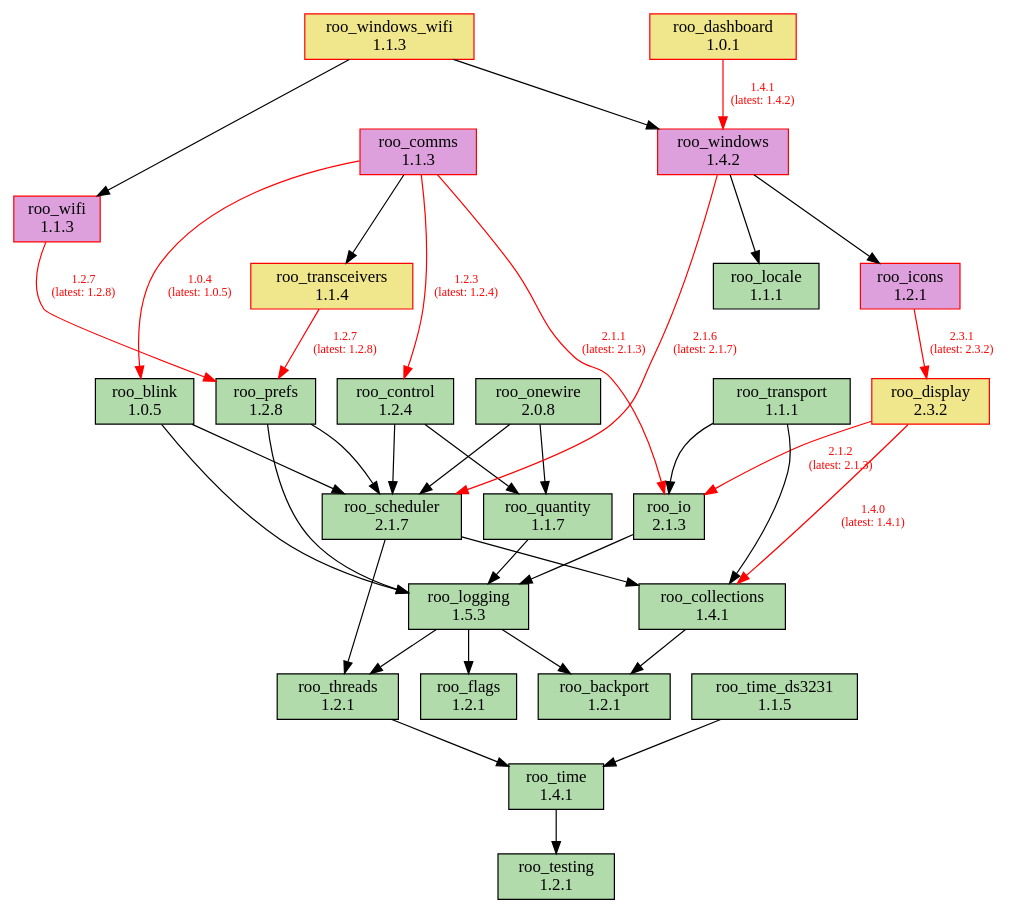
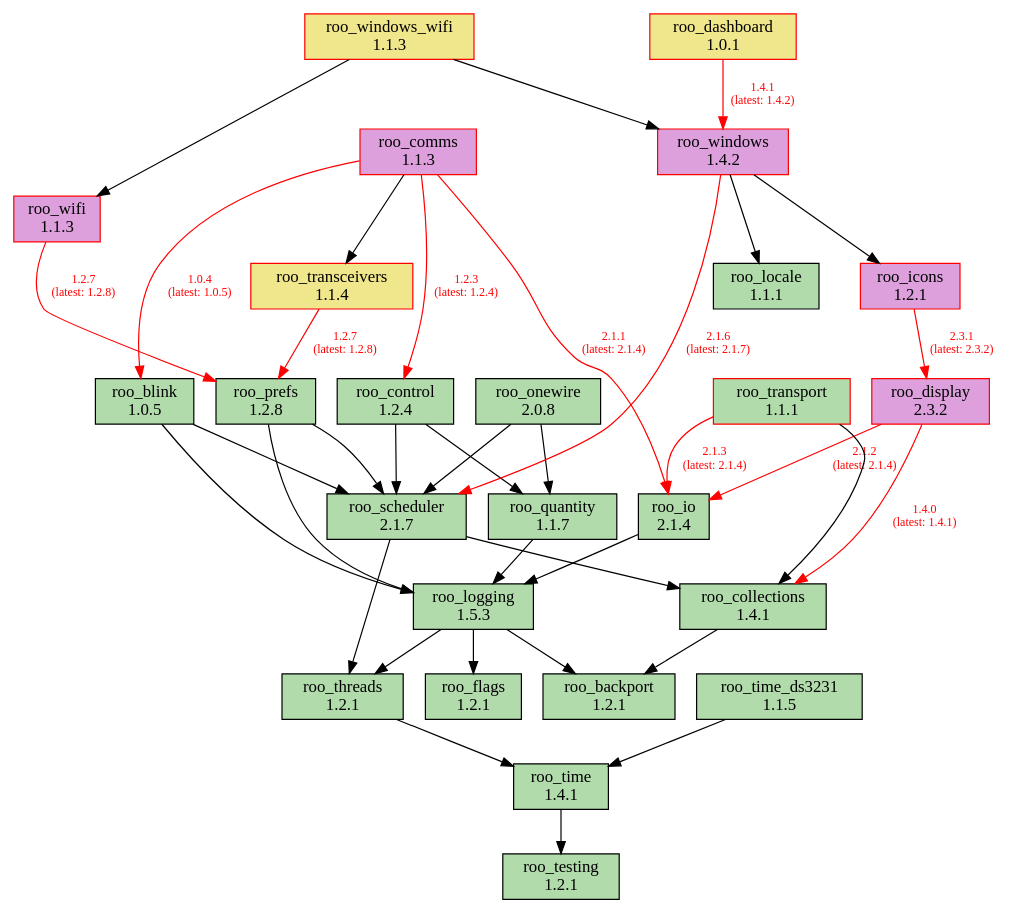
The diagram in doc/dependencies.dot (dejwk/roo-registry), drawn with Graphviz before and after one commit. The commit also changed 3 other files, not shown here.

```diff
--- a/doc/dependencies.dot
+++ b/doc/dependencies.dot
@@ -1,70 +1,70 @@
 digraph dependencies {
     rankdir=TB;
     node [shape=box, style=filled];
     edge [fontsize=10];
 
     // Modules
     "roo_backport" [label="roo_backport\n1.2.1", fillcolor="#b1dbab", color="black"];
     "roo_blink" [label="roo_blink\n1.0.5", fillcolor="#b1dbab", color="black"];
     "roo_collections" [label="roo_collections\n1.4.1", fillcolor="#b1dbab", color="black"];
     "roo_comms" [label="roo_comms\n1.1.3", fillcolor="plum", color="red"];
     "roo_control" [label="roo_control\n1.2.4", fillcolor="#b1dbab", color="black"];
     "roo_dashboard" [label="roo_dashboard\n1.0.1", fillcolor="khaki", color="red"];
-    "roo_display" [label="roo_display\n2.3.2", fillcolor="khaki", color="red"];
+    "roo_display" [label="roo_display\n2.3.2", fillcolor="plum", color="red"];
     "roo_flags" [label="roo_flags\n1.2.1", fillcolor="#b1dbab", color="black"];
     "roo_icons" [label="roo_icons\n1.2.1", fillcolor="plum", color="red"];
-    "roo_io" [label="roo_io\n2.1.3", fillcolor="#b1dbab", color="black"];
+    "roo_io" [label="roo_io\n2.1.4", fillcolor="#b1dbab", color="black"];
     "roo_locale" [label="roo_locale\n1.1.1", fillcolor="#b1dbab", color="black"];
     "roo_logging" [label="roo_logging\n1.5.3", fillcolor="#b1dbab", color="black"];
     "roo_onewire" [label="roo_onewire\n2.0.8", fillcolor="#b1dbab", color="black"];
     "roo_prefs" [label="roo_prefs\n1.2.8", fillcolor="#b1dbab", color="black"];
     "roo_quantity" [label="roo_quantity\n1.1.7", fillcolor="#b1dbab", color="black"];
     "roo_scheduler" [label="roo_scheduler\n2.1.7", fillcolor="#b1dbab", color="black"];
     "roo_testing" [label="roo_testing\n1.2.1", fillcolor="#b1dbab", color="black"];
     "roo_threads" [label="roo_threads\n1.2.1", fillcolor="#b1dbab", color="black"];
     "roo_time" [label="roo_time\n1.4.1", fillcolor="#b1dbab", color="black"];
     "roo_time_ds3231" [label="roo_time_ds3231\n1.1.5", fillcolor="#b1dbab", color="black"];
     "roo_transceivers" [label="roo_transceivers\n1.1.4", fillcolor="khaki", color="red"];
-    "roo_transport" [label="roo_transport\n1.1.1", fillcolor="#b1dbab", color="black"];
+    "roo_transport" [label="roo_transport\n1.1.1", fillcolor="#b1dbab", color="red"];
     "roo_wifi" [label="roo_wifi\n1.1.3", fillcolor="plum", color="red"];
     "roo_windows" [label="roo_windows\n1.4.2", fillcolor="plum", color="red"];
     "roo_windows_wifi" [label="roo_windows_wifi\n1.1.3", fillcolor="khaki", color="red"];
 
     // Dependencies
     "roo_blink" -> "roo_logging";
     "roo_blink" -> "roo_scheduler";
     "roo_collections" -> "roo_backport";
     "roo_comms" -> "roo_blink" [color=red, fontcolor=red, label="1.0.4\n(latest: 1.0.5)"];
     "roo_comms" -> "roo_control" [color=red, fontcolor=red, label="1.2.3\n(latest: 1.2.4)"];
-    "roo_comms" -> "roo_io" [color=red, fontcolor=red, label="2.1.1\n(latest: 2.1.3)"];
+    "roo_comms" -> "roo_io" [color=red, fontcolor=red, label="2.1.1\n(latest: 2.1.4)"];
     "roo_comms" -> "roo_transceivers";
     "roo_control" -> "roo_quantity";
     "roo_control" -> "roo_scheduler";
     "roo_dashboard" -> "roo_windows" [color=red, fontcolor=red, label="1.4.1\n(latest: 1.4.2)"];
     "roo_display" -> "roo_collections" [color=red, fontcolor=red, label="1.4.0\n(latest: 1.4.1)"];
-    "roo_display" -> "roo_io" [color=red, fontcolor=red, label="2.1.2\n(latest: 2.1.3)"];
+    "roo_display" -> "roo_io" [color=red, fontcolor=red, label="2.1.2\n(latest: 2.1.4)"];
     "roo_icons" -> "roo_display" [color=red, fontcolor=red, label="2.3.1\n(latest: 2.3.2)"];
     "roo_io" -> "roo_logging";
     "roo_logging" -> "roo_backport";
     "roo_logging" -> "roo_flags";
     "roo_logging" -> "roo_threads";
     "roo_onewire" -> "roo_scheduler";
     "roo_onewire" -> "roo_quantity";
     "roo_prefs" -> "roo_logging";
     "roo_prefs" -> "roo_scheduler";
     "roo_quantity" -> "roo_logging";
     "roo_scheduler" -> "roo_collections";
     "roo_scheduler" -> "roo_threads";
     "roo_threads" -> "roo_time";
     "roo_time" -> "roo_testing";
     "roo_time_ds3231" -> "roo_time";
     "roo_transceivers" -> "roo_prefs" [color=red, fontcolor=red, label="1.2.7\n(latest: 1.2.8)"];
     "roo_transport" -> "roo_collections";
-    "roo_transport" -> "roo_io";
+    "roo_transport" -> "roo_io" [color=red, fontcolor=red, label="2.1.3\n(latest: 2.1.4)"];
     "roo_wifi" -> "roo_prefs" [color=red, fontcolor=red, label="1.2.7\n(latest: 1.2.8)"];
     "roo_windows" -> "roo_locale";
     "roo_windows" -> "roo_icons";
     "roo_windows" -> "roo_scheduler" [color=red, fontcolor=red, label="2.1.6\n(latest: 2.1.7)"];
     "roo_windows_wifi" -> "roo_wifi";
     "roo_windows_wifi" -> "roo_windows";
 }
```
